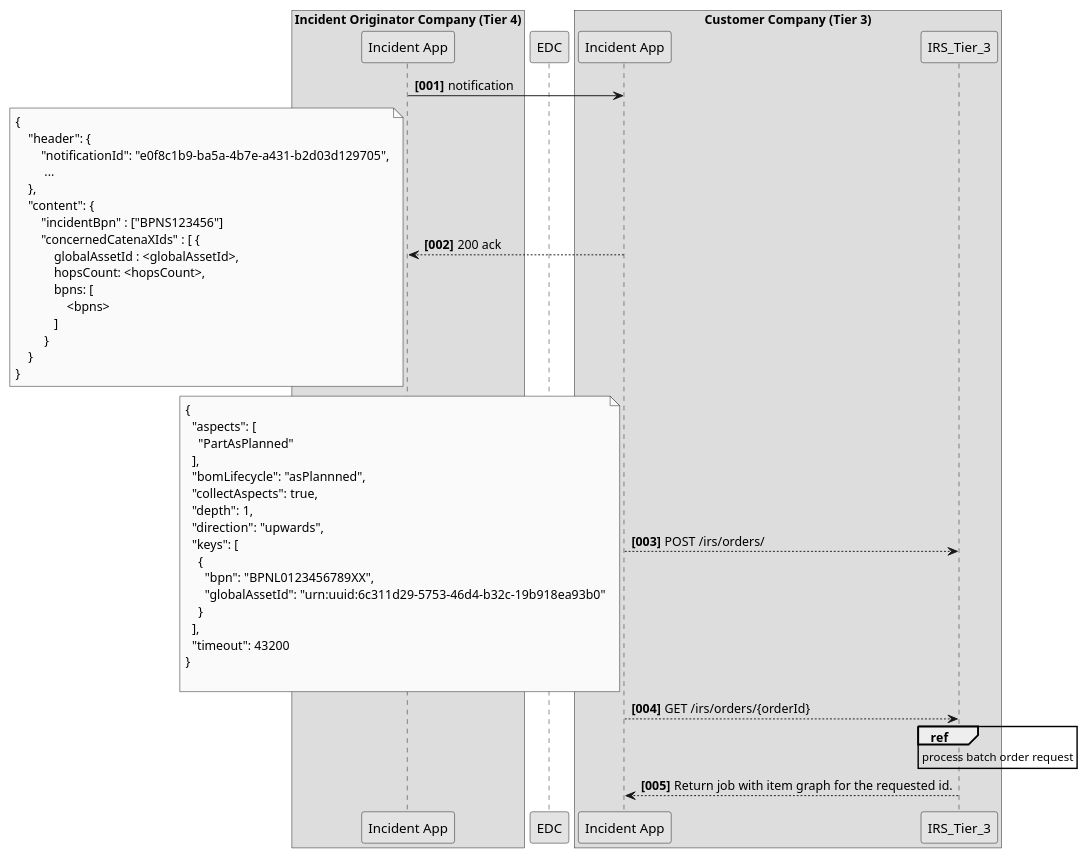
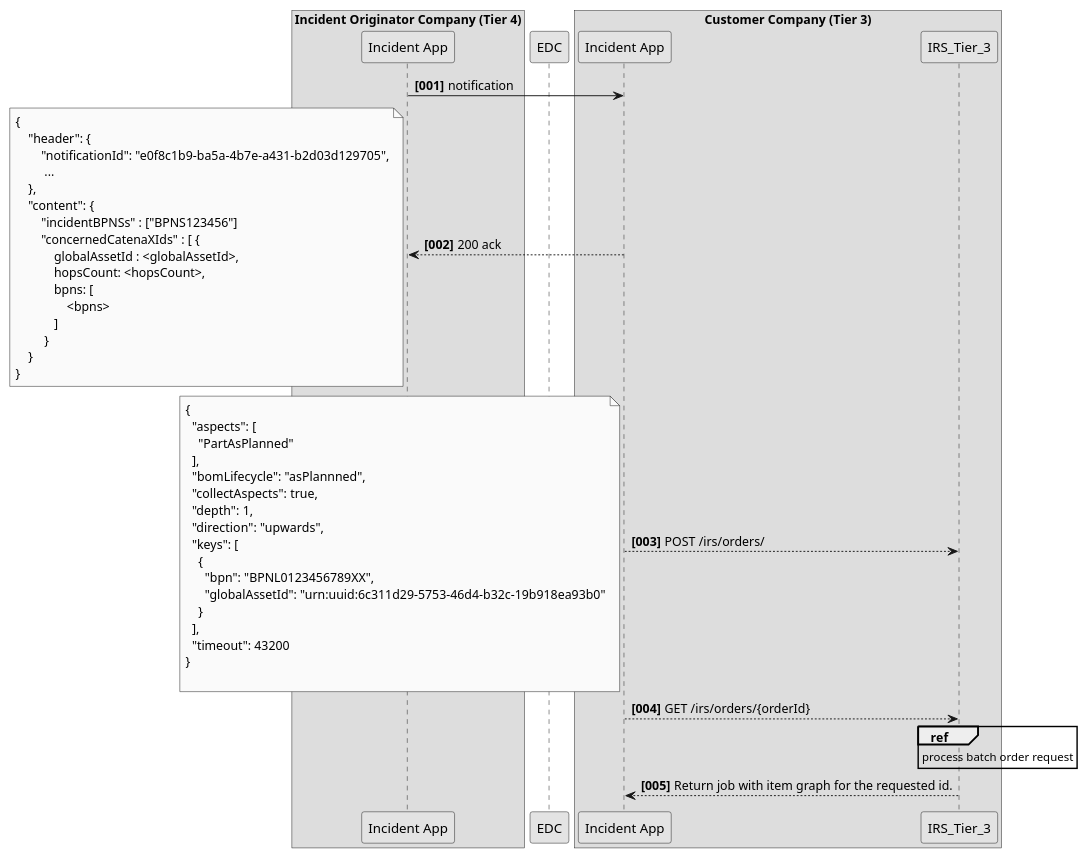
One commit to eclipse-tractusx/item-relationship-service changed the diagram in docs/src/uml-diagrams/irs-recursive/ess-bottom-up/sequence/ess-bottom-up-sequence-customer-highlevel.puml. Above: the diagram before and after it, drawn with PlantUML.

```diff
--- a/docs/src/uml-diagrams/irs-recursive/ess-bottom-up/sequence/ess-bottom-up-sequence-customer-highlevel.puml
+++ b/docs/src/uml-diagrams/irs-recursive/ess-bottom-up/sequence/ess-bottom-up-sequence-customer-highlevel.puml
@@ -1,67 +1,67 @@
 @startuml
 skinparam monochrome true
 skinparam shadowing false
 skinparam defaultFontName "Architects daughter"
 
 autonumber "<b>[000]"
 
 box Incident Originator Company (Tier 4)
     participant "Incident App" as BusinessApp_Tier_4
 end box
 
 participant EDC
 
 box Customer Company (Tier 3)
 participant "Incident App" as BusinessApp_Tier_3
 
 
 BusinessApp_Tier_4 -> BusinessApp_Tier_3 : notification
 BusinessApp_Tier_4 <-- BusinessApp_Tier_3 : 200 ack
 note left
 {
     "header": {
         "notificationId": "e0f8c1b9-ba5a-4b7e-a431-b2d03d129705",
          ...
     },
     "content": {
-        "incidentBpn" : ["BPNS123456"]
+        "incidentBPNSs" : ["BPNS123456"]
         "concernedCatenaXIds" : [ {
             globalAssetId : <globalAssetId>,
             hopsCount: <hopsCount>,
             bpns: [
                 <bpns>
             ]
          }
     }
 }
 end note
 
     BusinessApp_Tier_3 --> IRS_Tier_3 :  POST /irs/orders/
     note left
         {
           "aspects": [
             "PartAsPlanned"
           ],
           "bomLifecycle": "asPlannned",
           "collectAspects": true,
           "depth": 1,
           "direction": "upwards",
           "keys": [
             {
               "bpn": "BPNL0123456789XX",
               "globalAssetId": "urn:uuid:6c311d29-5753-46d4-b32c-19b918ea93b0"
             }
           ],
           "timeout": 43200
         }
 
     end note
     BusinessApp_Tier_3 --> IRS_Tier_3 :  GET /irs/orders/{orderId}
     ref over IRS_Tier_3
         process batch order request
     end ref
     BusinessApp_Tier_3 <-- IRS_Tier_3 : Return job with item graph for the requested id.
 
 
 
 @enduml
```
